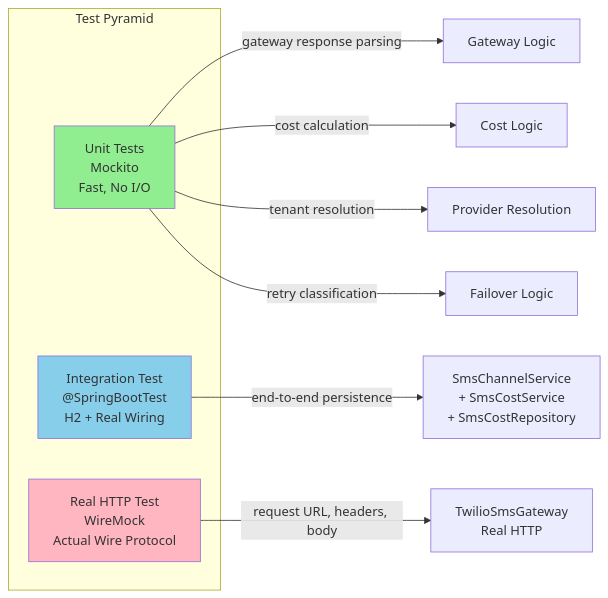
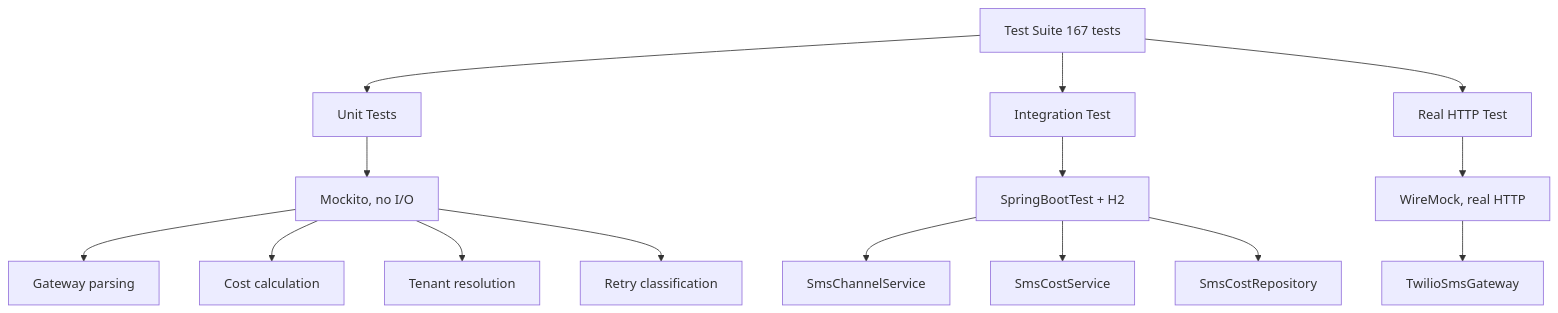
One commit to zahid397/formwork-channel-sms-production-review changed the sixth of 7 diagrams in README.md. Above: the diagram before and after it, drawn with Mermaid. The commit also changed other lines of this file, not shown here.

````diff
--- a/README.md
+++ b/README.md
@@ -512,21 +388,20 @@
 ```mermaid
-graph LR
-    subgraph "Test Pyramid"
-        A[Unit Tests<br/>Mockito<br/>Fast, No I/O]
-        B[Integration Test<br/>@SpringBootTest<br/>H2 + Real Wiring]
-        C[Real HTTP Test<br/>WireMock<br/>Actual Wire Protocol]
-    end
+graph TD
+    A[Test Suite 167 tests] --> B[Unit Tests]
+    A --> C[Integration Test]
+    A --> D[Real HTTP Test]
+    B --> B1[Mockito, no I/O]
+    C --> C1[SpringBootTest + H2]
+    D --> D1[WireMock, real HTTP]
     
-    A -->|gateway response parsing| D[Gateway Logic]
-    A -->|cost calculation| E[Cost Logic]
-    A -->|tenant resolution| F[Provider Resolution]
-    A -->|retry classification| G[Failover Logic]
+    B1 --> B2[Gateway parsing]
+    B1 --> B3[Cost calculation]
+    B1 --> B4[Tenant resolution]
+    B1 --> B5[Retry classification]
     
-    B -->|end-to-end persistence| H[SmsChannelService<br/>+ SmsCostService<br/>+ SmsCostRepository]
+    C1 --> C2[SmsChannelService]
+    C1 --> C3[SmsCostService]
+    C1 --> C4[SmsCostRepository]
     
-    C -->|request URL, headers, body| I[TwilioSmsGateway<br/>Real HTTP]
-    
-    style A fill:#90EE90
-    style B fill:#87CEEB
-    style C fill:#FFB6C1
+    D1 --> D2[TwilioSmsGateway]
 ```
````
